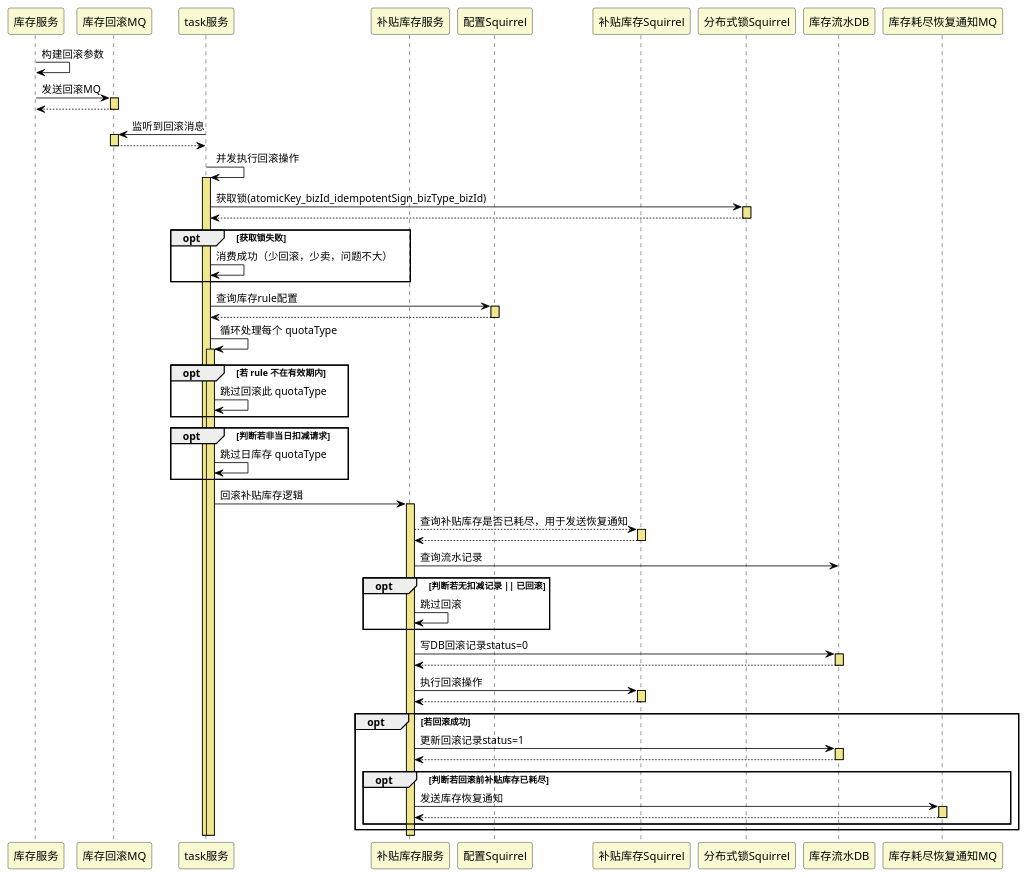
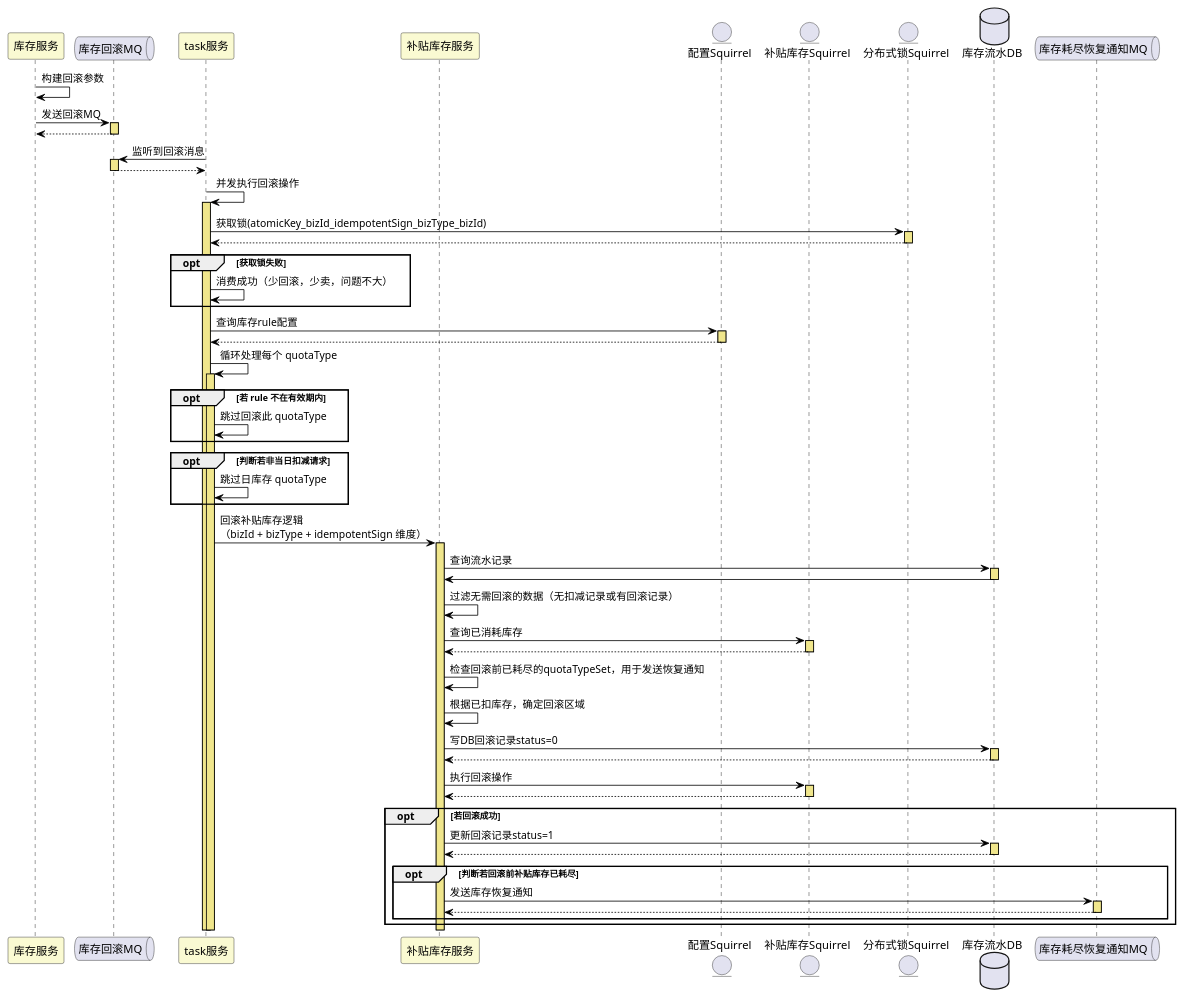
Before and after one commit to zhangbotong/mt-plantuml: the diagram in src/coupon/quota/subsidyRollback.puml, drawn with PlantUML. The commit also changed 17 other files, not shown here.

```diff
--- a/src/coupon/quota/subsidyRollback.puml
+++ b/src/coupon/quota/subsidyRollback.puml
@@ -1,98 +1,103 @@
 @startuml
 skinparam sequence {
 ArrowColor black
 LifeLineBorderColor black
 LifeLineBackgroundColor khaki
 ParticipantBackgroundColor lightgoldenrodyellow
 }
 
 
 participant 库存服务
-participant 库存回滚MQ
+queue 库存回滚MQ
 participant task服务
 participant 补贴库存服务
-participant 配置Squirrel
-participant 补贴库存Squirrel
-participant 分布式锁Squirrel
-participant 库存流水DB
-participant 库存耗尽恢复通知MQ
+entity 配置Squirrel
+entity 补贴库存Squirrel
+entity 分布式锁Squirrel
+database 库存流水DB
+queue 库存耗尽恢复通知MQ
 
 库存服务 -> 库存服务 : 构建回滚参数
 
 库存服务 -> 库存回滚MQ : 发送回滚MQ
 activate 库存回滚MQ
 库存回滚MQ --> 库存服务
 deactivate 库存回滚MQ
 
 task服务 -> 库存回滚MQ : 监听到回滚消息
 activate 库存回滚MQ
 库存回滚MQ --> task服务
 deactivate 库存回滚MQ
 
 task服务 -> task服务 : 并发执行回滚操作
 activate task服务
     task服务 -> 分布式锁Squirrel : 获取锁(atomicKey_bizId_idempotentSign_bizType_bizId)
     activate 分布式锁Squirrel
         分布式锁Squirrel --> task服务
     deactivate 分布式锁Squirrel
 
     opt 获取锁失败
         task服务 -> task服务 : 消费成功（少回滚，少卖，问题不大）
     end
 
     task服务 -> 配置Squirrel : 查询库存rule配置
     activate 配置Squirrel
         配置Squirrel --> task服务
     deactivate 配置Squirrel
 
     task服务 -> task服务: 循环处理每个 quotaType
     activate task服务
         opt 若 rule 不在有效期内
             task服务 -> task服务 : 跳过回滚此 quotaType
         end
 
         opt 判断若非当日扣减请求
             task服务 -> task服务 : 跳过日库存 quotaType
         end
 
-        task服务 -> 补贴库存服务 : 回滚补贴库存逻辑
+        task服务 -> 补贴库存服务 : 回滚补贴库存逻辑\n（bizId + bizType + idempotentSign 维度）
         activate 补贴库存服务
-            补贴库存服务 --> 补贴库存Squirrel: 查询补贴库存是否已耗尽，用于发送恢复通知
+            补贴库存服务 -> 库存流水DB: 查询流水记录
+            activate 库存流水DB
+                库存流水DB -> 补贴库存服务
+            deactivate 库存流水DB
+            补贴库存服务 -> 补贴库存服务: 过滤无需回滚的数据（无扣减记录或有回滚记录）
+
+            补贴库存服务 -> 补贴库存Squirrel: 查询已消耗库存
             activate 补贴库存Squirrel
                 补贴库存Squirrel --> 补贴库存服务
             deactivate 补贴库存Squirrel
 
-            补贴库存服务 -> 库存流水DB: 查询流水记录
-            opt 判断若无扣减记录 || 已回滚
-                补贴库存服务 -> 补贴库存服务: 跳过回滚
-            end
+            补贴库存服务 -> 补贴库存服务: 检查回滚前已耗尽的quotaTypeSet，用于发送恢复通知
+
+            补贴库存服务 -> 补贴库存服务: 根据已扣库存，确定回滚区域
 
             补贴库存服务 -> 库存流水DB:写DB回滚记录status=0
             activate 库存流水DB
                 库存流水DB --> 补贴库存服务
             deactivate 库存流水DB
 
             补贴库存服务 -> 补贴库存Squirrel: 执行回滚操作
             activate 补贴库存Squirrel
                 补贴库存Squirrel --> 补贴库存服务
             deactivate 补贴库存Squirrel
 
             opt 若回滚成功
                 补贴库存服务 -> 库存流水DB: 更新回滚记录status=1
                 activate 库存流水DB
                     库存流水DB --> 补贴库存服务
                 deactivate 库存流水DB
 
                 opt 判断若回滚前补贴库存已耗尽
                     补贴库存服务 -> 库存耗尽恢复通知MQ: 发送库存恢复通知
                     activate 库存耗尽恢复通知MQ
                         库存耗尽恢复通知MQ --> 补贴库存服务
                     deactivate 库存耗尽恢复通知MQ
                 end
             end
         deactivate 补贴库存服务
     deactivate
 
 deactivate task服务
 
 @enduml
```
